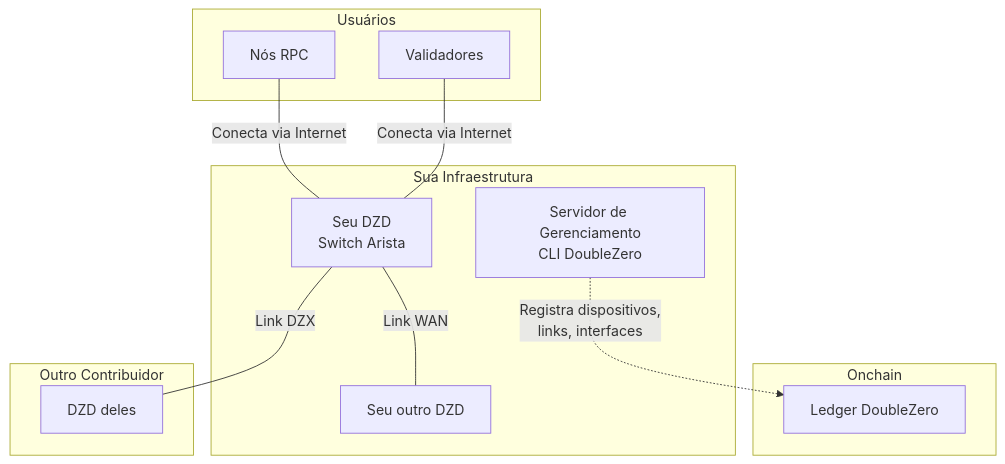
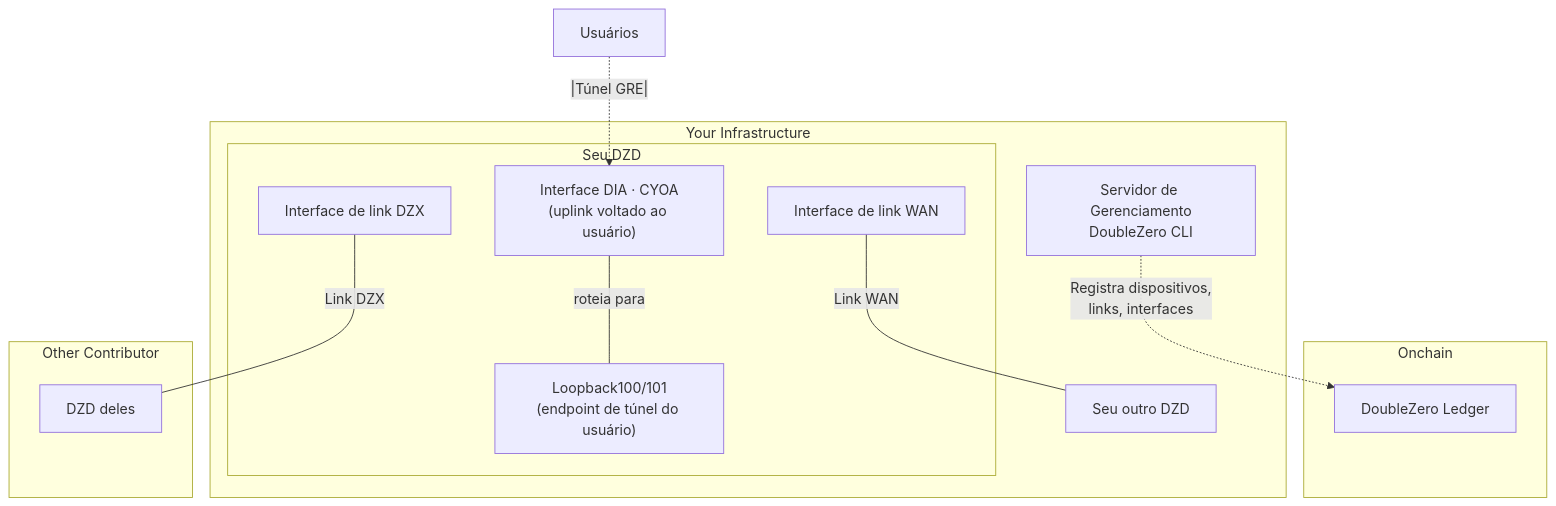
One commit to malbeclabs/docs changed the first of 9 diagrams in docs/contribute-provisioning.pt.md. Above: the diagram before and after it, drawn with Mermaid. The commit also changed other lines of this file and 34 other files, not shown here.

````diff
--- a/docs/contribute-provisioning.pt.md
+++ b/docs/contribute-provisioning.pt.md
@@ -13,26 +50,29 @@
 ```mermaid
 flowchart TB
     subgraph Onchain
-        SC[Ledger DoubleZero]
+        SC[DoubleZero Ledger]
     end
 
-    subgraph Sua Infraestrutura
-        MGMT[Servidor de Gerenciamento<br/>CLI DoubleZero]
-        DZD[Seu DZD<br/>Switch Arista]
-        DZD ---|Link WAN| DZD2[Seu outro DZD]
+    subgraph Your Infrastructure
+        MGMT[Servidor de Gerenciamento<br/>DoubleZero CLI]
+        subgraph DZD[Seu DZD]
+            CYOA["Interface DIA · CYOA<br/>(uplink voltado ao usuário)"]
+            WAN_INTF["Interface de link WAN"]
+            DZX_INTF["Interface de link DZX"]
+            LO100["Loopback100/101<br/>(endpoint de túnel do usuário)"]
+        end
+        DZD2[Seu outro DZD]
     end
 
-    subgraph Outro Contribuidor
+    subgraph Other Contributor
         OtherDZD[DZD deles]
     end
 
-    subgraph Usuários
-        VAL[Validadores]
-        RPC[Nós RPC]
-    end
+    USERS["Usuários"]
 
     MGMT -.->|Registra dispositivos,<br/>links, interfaces| SC
-    DZD ---|Link DZX| OtherDZD
-    VAL ---|Conecta via Internet| DZD
-    RPC ---|Conecta via Internet| DZD
+    WAN_INTF ---|Link WAN| DZD2
+    DZX_INTF ---|Link DZX| OtherDZD
+    USERS -.|Túnel GRE|.-> CYOA
+    CYOA ---|roteia para| LO100
 ```
````
